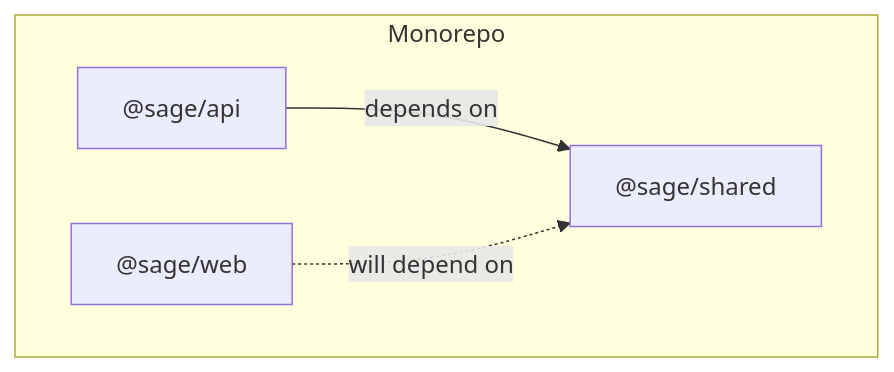
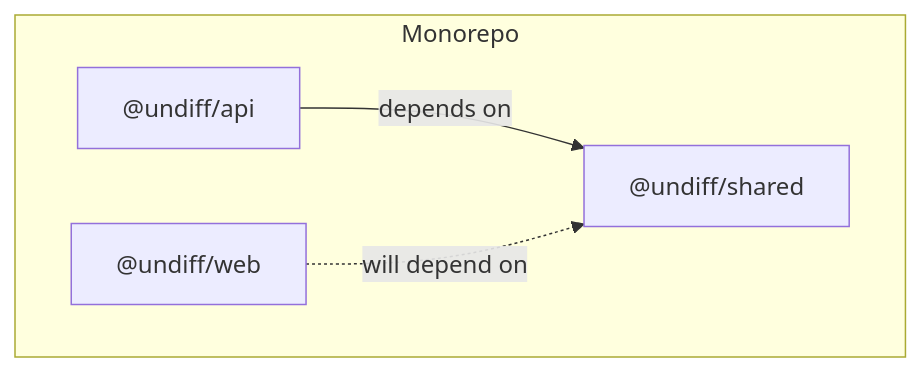
The second of 7 diagrams in docs/ARCHITECTURE.md (surfer19/undiff), drawn with Mermaid before and after one commit. The commit also changed other lines of this file and 17 other files, not shown here.

First line of the commit message:
rename sage to undiff across entire project

````diff
--- a/docs/ARCHITECTURE.md
+++ b/docs/ARCHITECTURE.md
@@ -38,10 +38,10 @@
 ```mermaid
 graph TD
     subgraph Monorepo
-        API["@sage/api"]
-        Shared["@sage/shared"]
-        Web["@sage/web"]
+        API["@undiff/api"]
+        Shared["@undiff/shared"]
+        Web["@undiff/web"]
     end
     API -->|depends on| Shared
     Web -.->|will depend on| Shared
 ```
````
